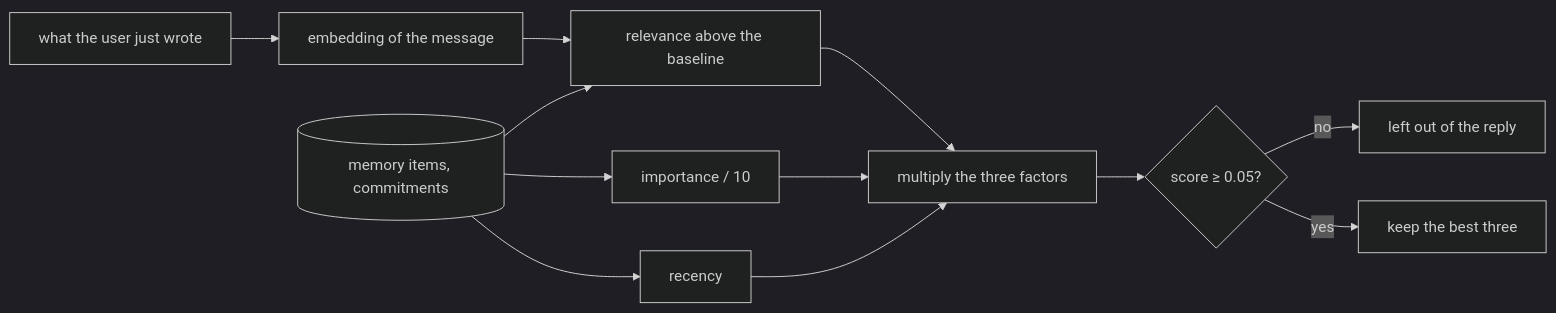
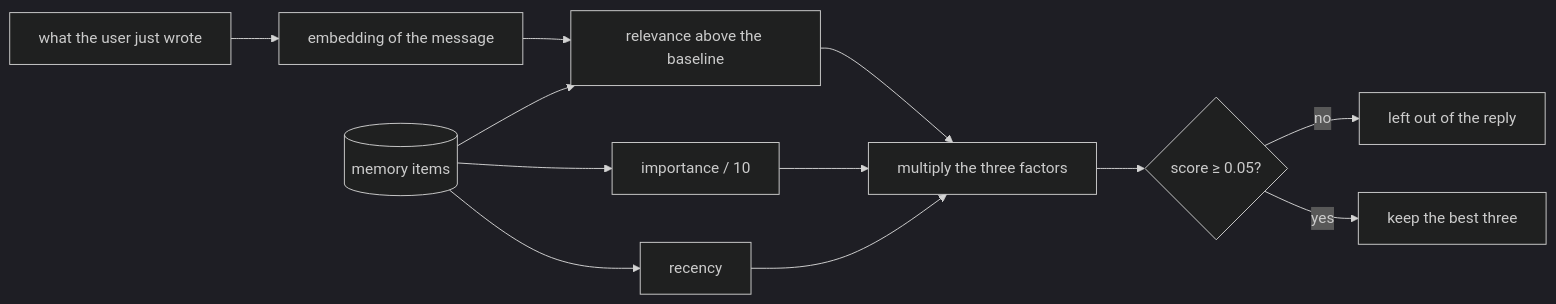
Before and after one commit to NguyenVu04/cognia: diagram 17 of 48 in docs/architecture/ARCHITECTURE.md, drawn with Mermaid (dark theme). The commit also changed other lines of this file and 83 other files, not shown here.

````diff
--- a/docs/architecture/ARCHITECTURE.md
+++ b/docs/architecture/ARCHITECTURE.md
@@ -1161,14 +1266,14 @@
 ```mermaid
 flowchart LR
     q["what the user just wrote"] --> e["embedding of the message"]
     e --> rel["relevance above the baseline"]
-    items[("memory items, commitments")] --> rec["recency"]
+    items[("memory items")] --> rec["recency"]
     items --> imp["importance / 10"]
     items --> rel
     rec --> mul["multiply the three factors"]
     imp --> mul
     rel --> mul
     mul --> floor{"score ≥ 0.05?"}
     floor -- "yes" --> top["keep the best three"]
     floor -- "no" --> out["left out of the reply"]
 ```
````
